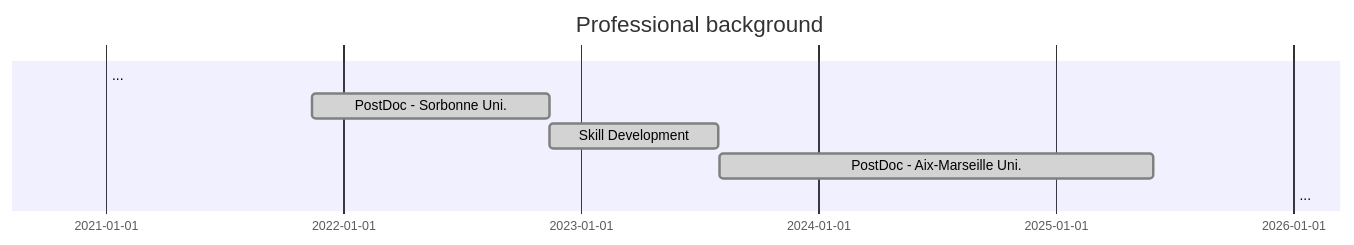
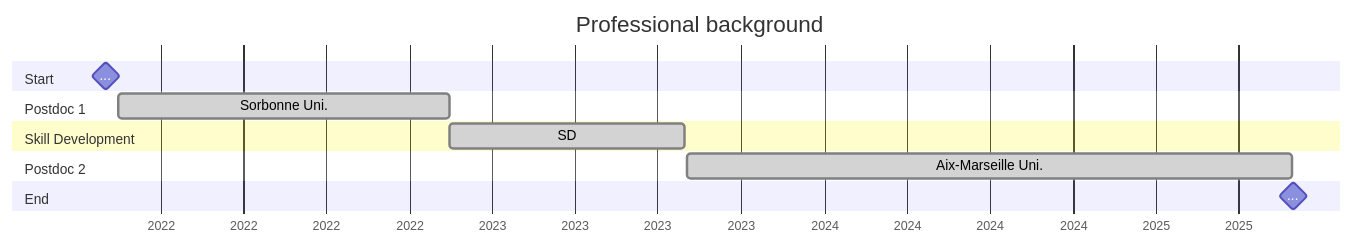
Before and after one commit to olcruzgonzalez/olcruzgonzalez.github.io: the diagram in _tabs/experience.md, drawn with Mermaid. The commit also changed other lines of this file and 1 other file, not shown here.

Commit message:
Refactor the Education tab

````diff
--- a/_tabs/experience.md
+++ b/_tabs/experience.md
@@ -32,10 +26,16 @@
 ```mermaid
- gantt
- dateFormat  YYYY-MM-DD
-  title  Professional background
-  ... :done, aa, 2021-01-01, 2021-01-01
-  PostDoc - Sorbonne Uni. :done, a, 2021-11-15, 2022-11-14
-  Skill Development :done, a, 2022-11-15, 2023-08-01
-  PostDoc - Aix-Marseille Uni. :done, b, 2023-08-03, 2025-05-31
-  ... :done, aa, 2026-01-01, 2026-01-01
+  gantt
+    title  Professional background
+    dateFormat  YYYY-MM-DD
+    axisFormat %Y
+  section Start
+    ... :milestone, aa, 2021-11-01, 2021-11-01
+  section Postdoc 1
+    Sorbonne Uni. :done, a, 2021-11-15, 2022-11-14
+  section Skill Development
+    SD :done, a, 2022-11-15, 2023-08-01
+  section Postdoc 2
+    Aix-Marseille Uni. :done, b, 2023-08-03, 2025-05-31
+  section End
+    ... :milestone, aa, 2025-06-01, 2025-06-01
 ```
````
